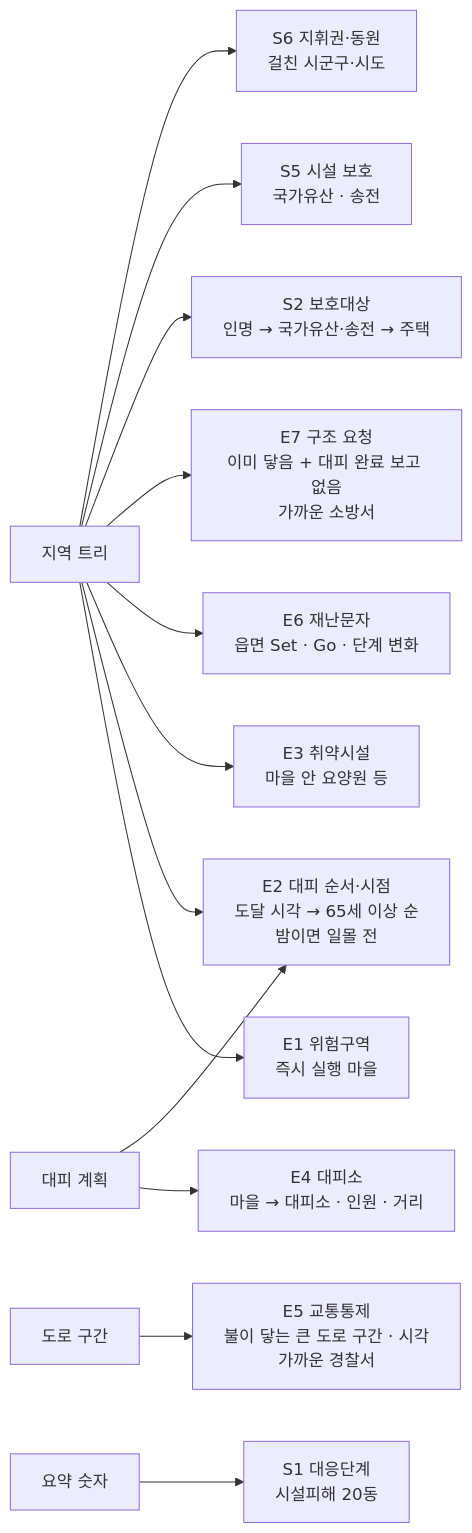
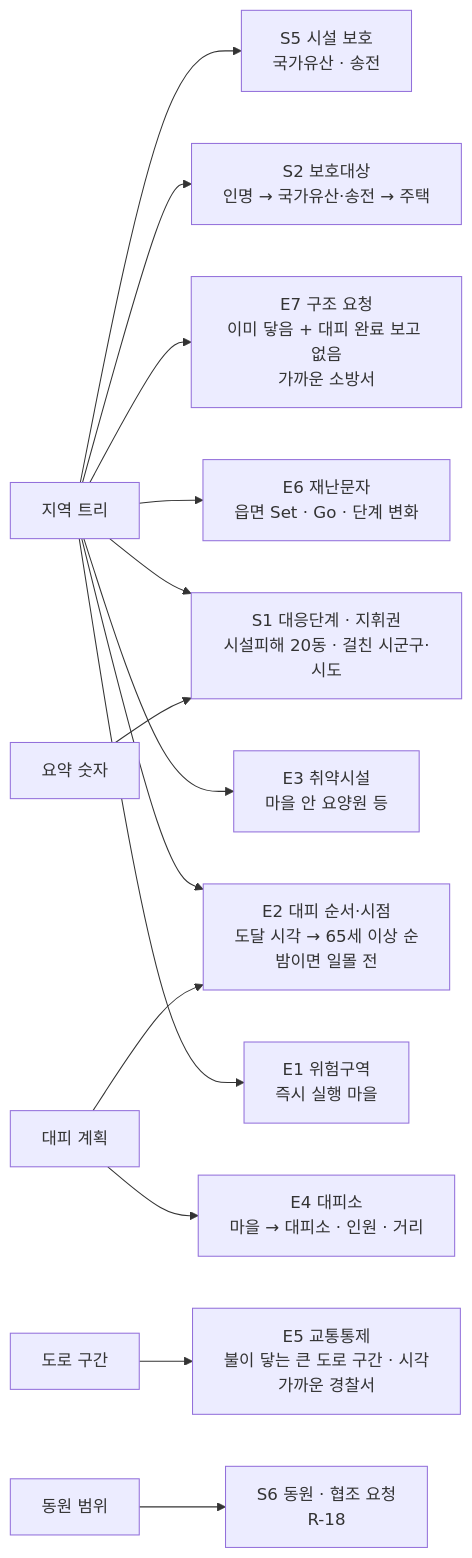
Before and after one commit to wildfire-guard-capstone/wfg-docs: the eighth of 8 diagrams in docs/설계/규칙-엔진-설계.md, drawn with Mermaid. The commit also changed other lines of this file and 1 other file, not shown here.

First line of the commit message:
docs: 규칙 엔진 S1 대응단계·지휘권 인계 정리(S6-a 합침), LLM 입력 S1·S6-a 확인

````diff
--- a/docs/설계/규칙-엔진-설계.md
+++ b/docs/설계/규칙-엔진-설계.md
@@ -1405,15 +1407,16 @@
 ```mermaid
 flowchart LR
     T[지역 트리] --> E1[E1 위험구역<br/>즉시 실행 마을]
     T --> E2[E2 대피 순서·시점<br/>도달 시각 → 65세 이상 순<br/>밤이면 일몰 전]
     T --> E3[E3 취약시설<br/>마을 안 요양원 등]
     EP[대피 계획] --> E4[E4 대피소<br/>마을 → 대피소 · 인원 · 거리]
     EP --> E2
     RD[도로 구간] --> E5[E5 교통통제<br/>불이 닿는 큰 도로 구간 · 시각<br/>가까운 경찰서]
     T --> E6[E6 재난문자<br/>읍면 Set · Go · 단계 변화]
     T --> E7[E7 구조 요청<br/>이미 닿음 + 대피 완료 보고 없음<br/>가까운 소방서]
     T --> S2[S2 보호대상<br/>인명 → 국가유산·송전 → 주택]
     T --> S5[S5 시설 보호<br/>국가유산 · 송전]
-    T --> S6[S6 지휘권·동원<br/>걸친 시군구·시도]
-    SUM[요약 숫자] --> S1[S1 대응단계<br/>시설피해 20동]
+    T --> S1
+    SUM[요약 숫자] --> S1[S1 대응단계 · 지휘권<br/>시설피해 20동 · 걸친 시군구·시도]
+    MOB[동원 범위] --> S6[S6 동원 · 협조 요청<br/>R-18]
 ```
````
